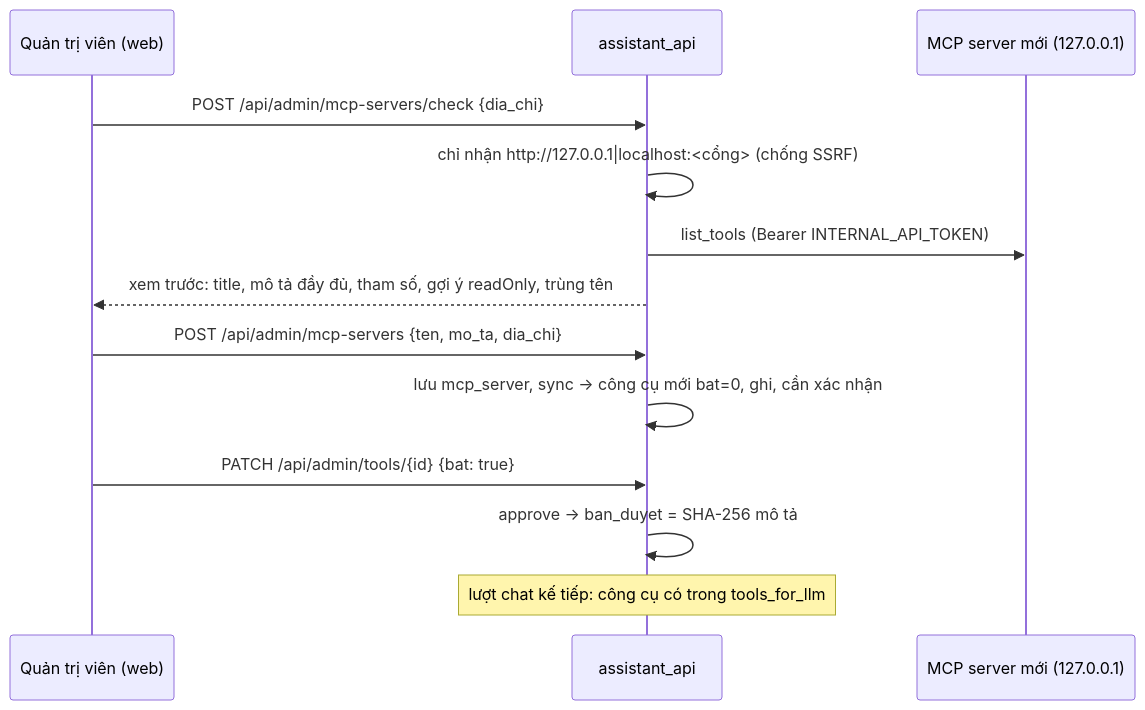
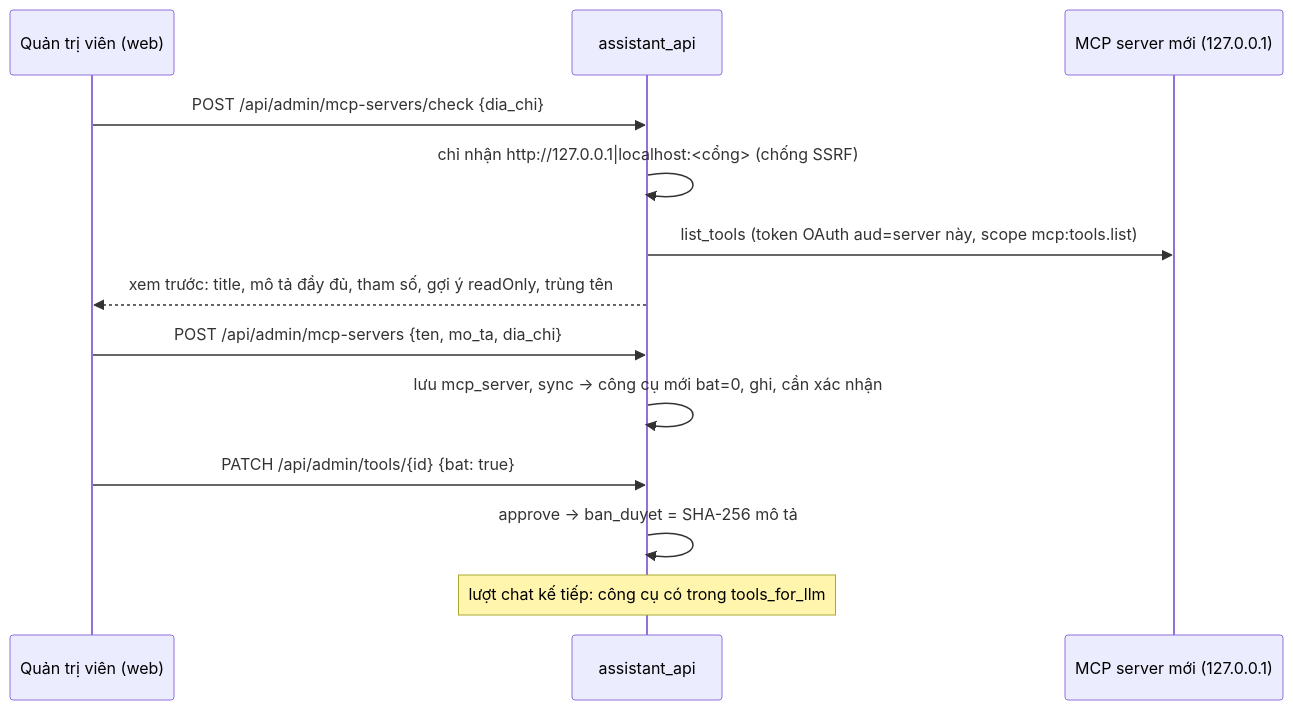
Before and after one commit to vuduytien2005/tro_ly_hoc_vu: the third of 4 diagrams in docs/02-kien-truc.md, drawn with Mermaid. The commit also changed other lines of this file and 17 other files, not shown here.

First line of the commit message:
OAuth 2.1 cho MCP: token JWT Ed25519 ngắn hạn gắn server/công cụ/sinh viên

````diff
--- a/docs/02-kien-truc.md
+++ b/docs/02-kien-truc.md
@@ -187,15 +187,15 @@
 ```mermaid
 sequenceDiagram
     participant A as Quản trị viên (web)
     participant API as assistant_api
     participant S as MCP server mới (127.0.0.1)
     A->>API: POST /api/admin/mcp-servers/check {dia_chi}
     API->>API: chỉ nhận http://127.0.0.1|localhost:<cổng> (chống SSRF)
-    API->>S: list_tools (Bearer INTERNAL_API_TOKEN)
+    API->>S: list_tools (token OAuth aud=server này, scope mcp:tools.list)
     API-->>A: xem trước: title, mô tả đầy đủ, tham số, gợi ý readOnly, trùng tên
     A->>API: POST /api/admin/mcp-servers {ten, mo_ta, dia_chi}
     API->>API: lưu mcp_server, sync → công cụ mới bat=0, ghi, cần xác nhận
     A->>API: PATCH /api/admin/tools/{id} {bat: true}
     API->>API: approve → ban_duyet = SHA-256 mô tả
     Note over API: lượt chat kế tiếp: công cụ có trong tools_for_llm
 ```
````
